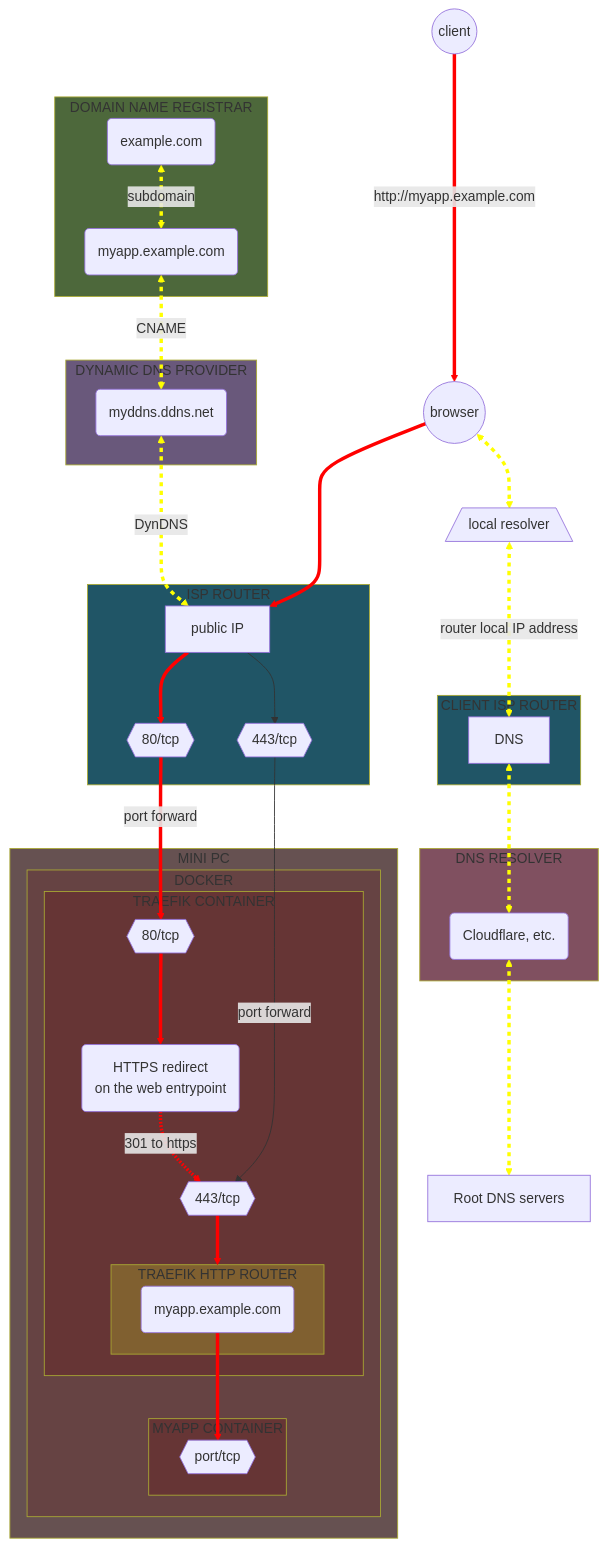
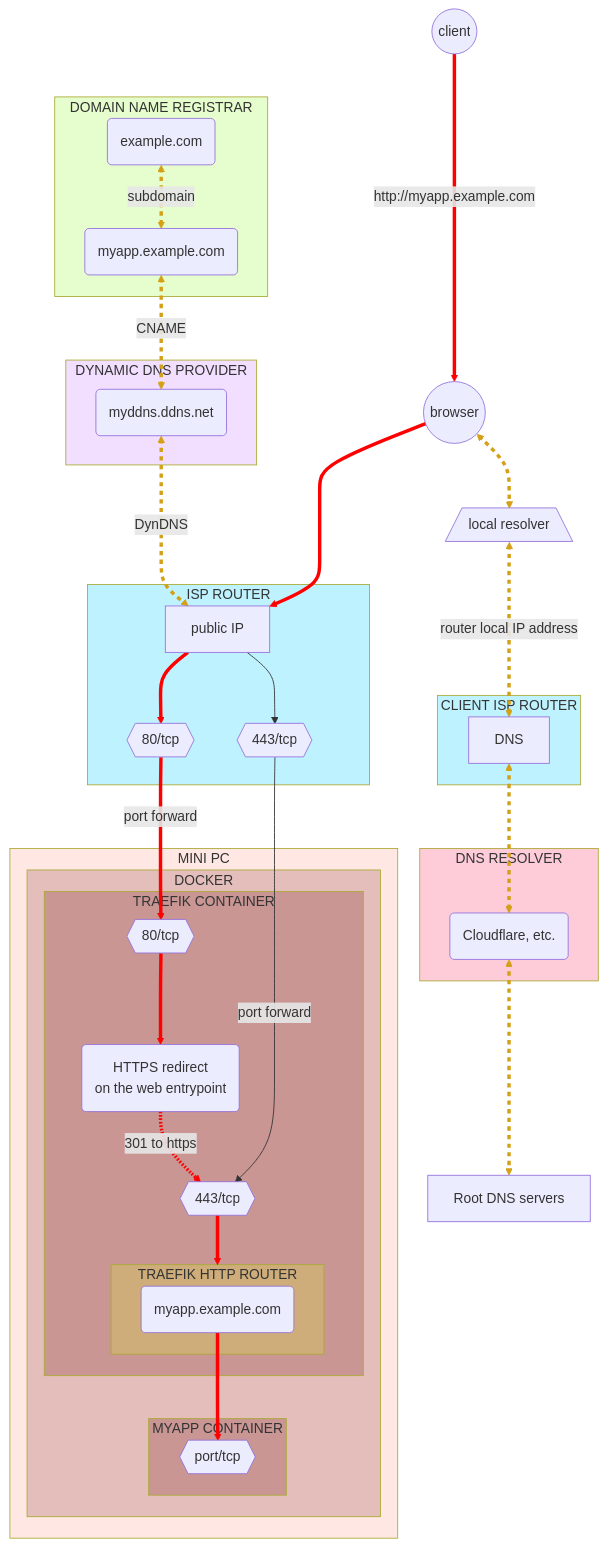
Before and after one commit to Yann39/self-hosted-n100: the eighth of 32 diagrams in README.md, drawn with Mermaid. The commit also changed other lines of this file and 1 other file, not shown here.

Commit message:
adapted diagrams so they display better in light mode

````diff
--- a/README.md
+++ b/README.md
@@ -2520,15 +2524,15 @@
 ```mermaid
 flowchart TB
-    style HOSTING_PROVIDER fill: #4d683b
-    style DDNS_PROVIDER fill: #69587b
-    style INTERNET_SERVICE_PROVIDER fill: #205566
-    style INTERNET_SERVICE_PROVIDER2 fill: #205566
-    style SERVER_DEVICE fill: #665151
-    style CONTAINER_ENGINE fill: #664343
-    style TRAEFIK_CONTAINER fill: #663535
-    style MYAPP_CONTAINER fill: #663535
-    style TRAEFIK_ROUTER fill: #806030
-    style DNS_RESOLVER fill: #805060
+    style HOSTING_PROVIDER fill: #bbfd795e
+    style DDNS_PROVIDER fill: #e2b6ff6e
+    style INTERNET_SERVICE_PROVIDER fill: #45d8ff57
+    style INTERNET_SERVICE_PROVIDER2 fill: #45d8ff57
+    style SERVER_DEVICE fill: #febfb45e
+    style CONTAINER_ENGINE fill: #6701022d
+    style TRAEFIK_CONTAINER fill: #66010136
+    style MYAPP_CONTAINER fill: #66010136
+    style TRAEFIK_ROUTER fill: #defc1e37
+    style DNS_RESOLVER fill: #fd95b07a
     DOMAIN(example.com)
     SUBDOMAIN_MYAPP(myapp.example.com)
     DDNS(myddns.ddns.net)
@@ -2606,17 +2610,17 @@
     CLOUDFLARE <---> ROOT_DNS_SERVERS
     linkStyle 0 stroke-width: 4px, stroke: red
     linkStyle 1 stroke-width: 4px, stroke: red
-    linkStyle 2 stroke-width: 4px, stroke: yellow, stroke-dasharray: 5
-    linkStyle 3 stroke-width: 4px, stroke: yellow, stroke-dasharray: 5
-    linkStyle 4 stroke-width: 4px, stroke: yellow, stroke-dasharray: 5
+    linkStyle 2 stroke-width: 4px, stroke: #d4a017, stroke-dasharray: 5
+    linkStyle 3 stroke-width: 4px, stroke: #d4a017, stroke-dasharray: 5
+    linkStyle 4 stroke-width: 4px, stroke: #d4a017, stroke-dasharray: 5
     linkStyle 5 stroke-width: 4px, stroke: red
     linkStyle 8 stroke-width: 4px, stroke: red
     linkStyle 9 stroke-width: 4px, stroke: red
     linkStyle 10 stroke-width: 4px, stroke: red
     linkStyle 11 stroke-width: 4px, stroke: red
     linkStyle 12 stroke-width: 4px, stroke: red
-    linkStyle 13 stroke-width: 4px, stroke: yellow, stroke-dasharray: 5
-    linkStyle 14 stroke-width: 4px, stroke: yellow, stroke-dasharray: 5
-    linkStyle 15 stroke-width: 4px, stroke: yellow, stroke-dasharray: 5
-    linkStyle 16 stroke-width: 4px, stroke: yellow, stroke-dasharray: 5
+    linkStyle 13 stroke-width: 4px, stroke: #d4a017, stroke-dasharray: 5
+    linkStyle 14 stroke-width: 4px, stroke: #d4a017, stroke-dasharray: 5
+    linkStyle 15 stroke-width: 4px, stroke: #d4a017, stroke-dasharray: 5
+    linkStyle 16 stroke-width: 4px, stroke: #d4a017, stroke-dasharray: 5
 ```
````
